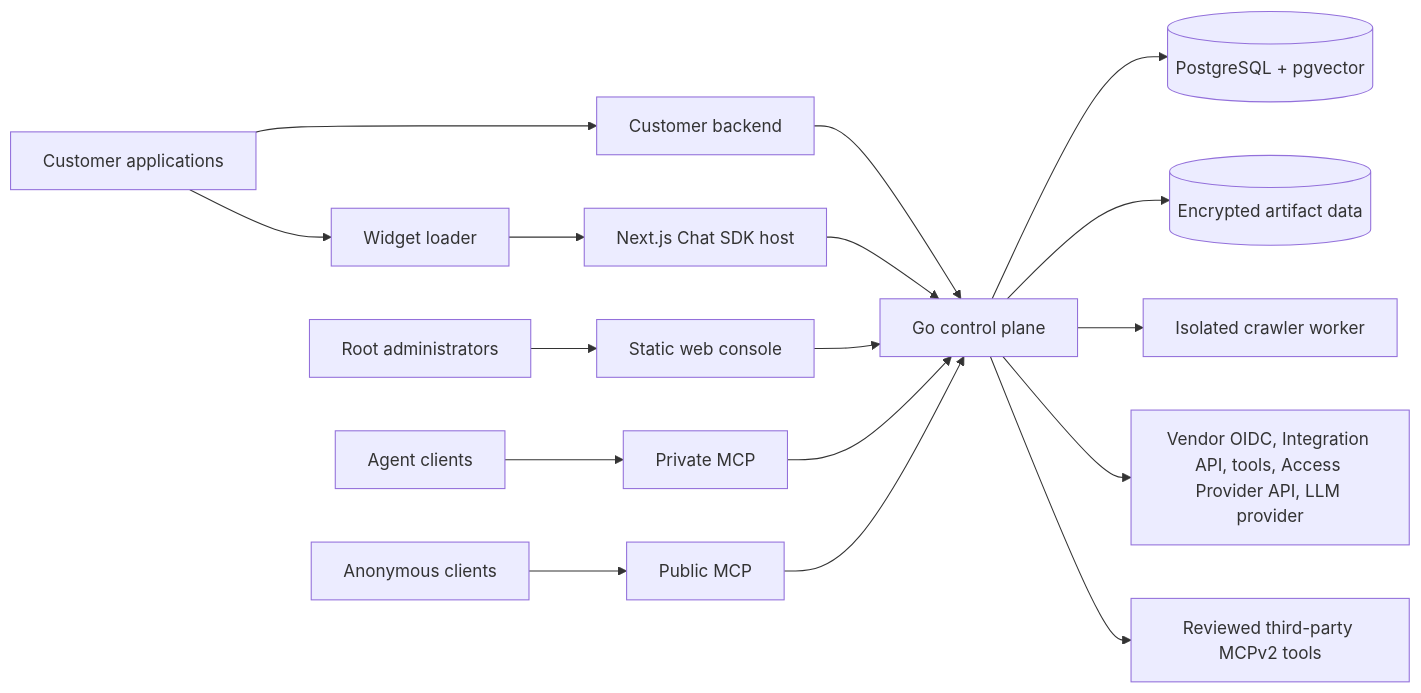
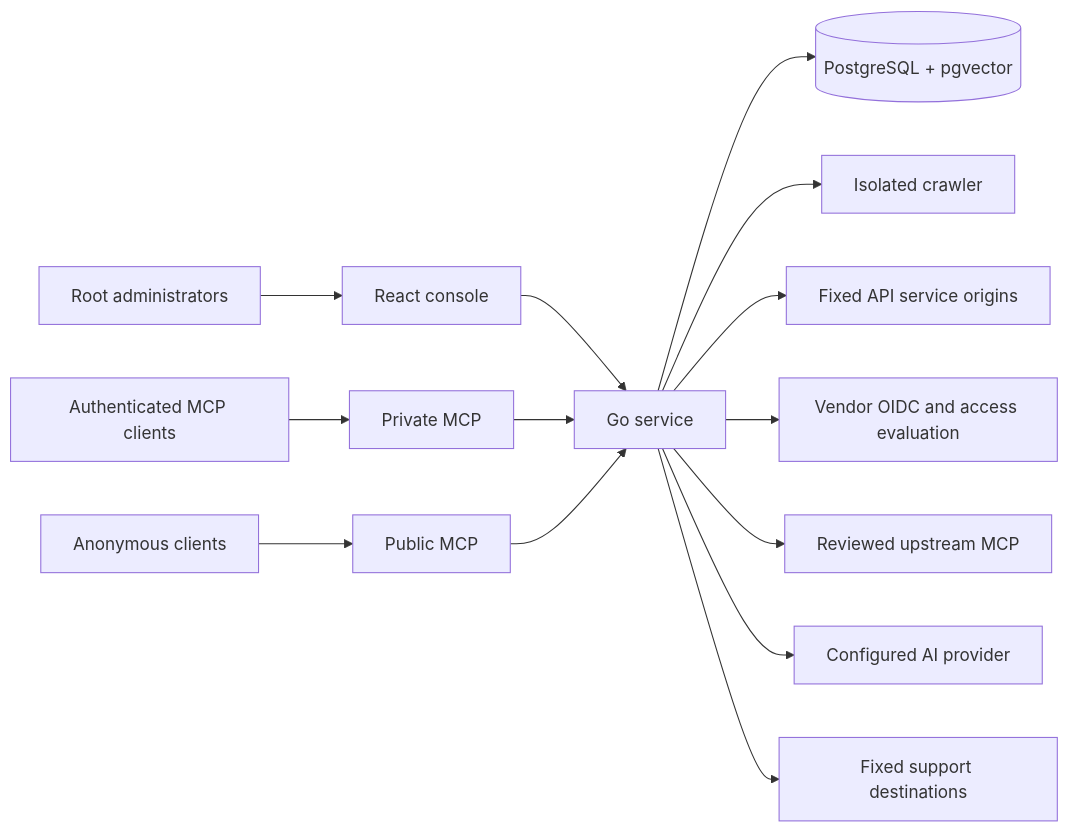
Before and after one commit to Dokosoko-AI/dokosoko-docs: the first of 2 diagrams in src/content/docs/concepts/architecture.md, drawn with Mermaid. The commit also changed other lines of this file and 42 other files, not shown here.

````diff
--- a/src/content/docs/concepts/architecture.md
+++ b/src/content/docs/concepts/architecture.md
@@ -8,19 +8,16 @@
 ```mermaid
 flowchart LR
-    Admin[Root administrators] --> Console[Static web console]
-    Agent[Agent clients] --> Private[Private MCP]
-    Visitor[Anonymous clients] --> Public[Public MCP]
-    Portal[Customer applications] --> CustomerBackend[Customer backend]
-    Portal --> Loader[Widget loader]
-    Loader --> WidgetHost[Next.js Chat SDK host]
-    CustomerBackend --> Control
-    WidgetHost --> Control
-    Console --> Control[Go control plane]
-    Private --> Control
-    Public --> Control
-    Control --> DB[(PostgreSQL + pgvector)]
-    Control --> Artifacts[(Encrypted artifact data)]
-    Control --> Crawler[Isolated crawler worker]
-    Control --> Vendor[Vendor OIDC, Integration API, tools, Access Provider API, LLM provider]
-    Control --> Upstream[Reviewed third-party MCPv2 tools]
+    Admin[Root administrators] --> Console[React console]
+    Console --> Service[Go service]
+    PrivateClient[Authenticated MCP clients] --> Private[Private MCP]
+    PublicClient[Anonymous clients] --> Public[Public MCP]
+    Private --> Service
+    Public --> Service
+    Service --> DB[(PostgreSQL + pgvector)]
+    Service --> Crawler[Isolated crawler]
+    Service --> Runtime[Fixed API service origins]
+    Service --> Identity[Vendor OIDC and access evaluation]
+    Service --> Upstream[Reviewed upstream MCP]
+    Service --> AI[Configured AI provider]
+    Service --> Support[Fixed support destinations]
 ```
````
